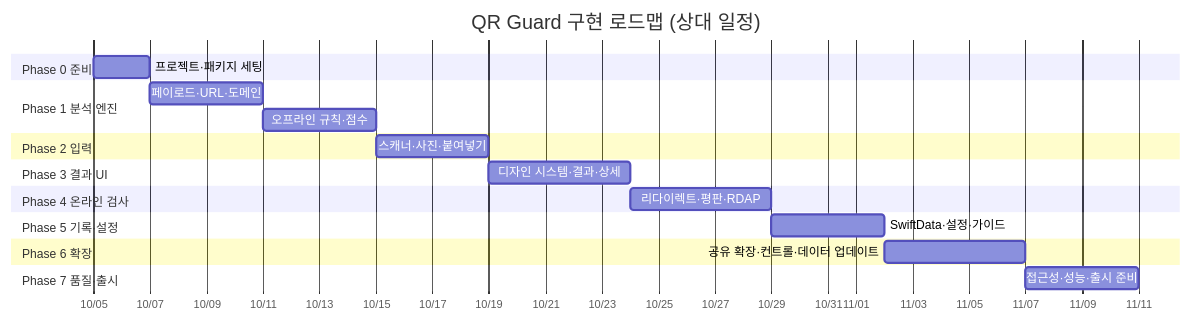
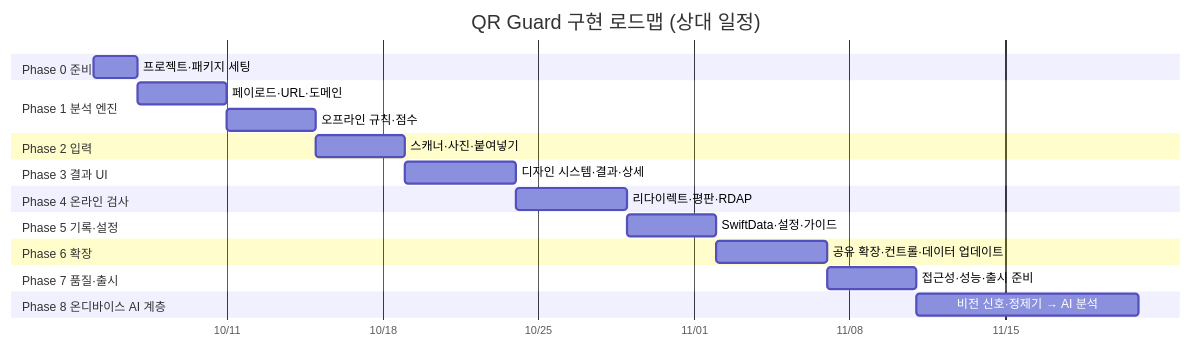
The diagram in docs/TASKS.md (kimminung/QRGuard), drawn with Mermaid before and after one commit. The commit also changed other lines of this file and 84 other files, not shown here.

````diff
--- a/docs/TASKS.md
+++ b/docs/TASKS.md
@@ -10,23 +10,25 @@
 ```mermaid
 gantt
     title QR Guard 구현 로드맵 (상대 일정)
     dateFormat  YYYY-MM-DD
     axisFormat  %m/%d
     section Phase 0 준비
     프로젝트·패키지 세팅          :p0, 2026-10-05, 2d
     section Phase 1 분석 엔진
     페이로드·URL·도메인           :p1a, after p0, 4d
     오프라인 규칙·점수            :p1b, after p1a, 4d
     section Phase 2 입력
     스캐너·사진·붙여넣기          :p2, after p1b, 4d
     section Phase 3 결과 UI
     디자인 시스템·결과·상세       :p3, after p2, 5d
     section Phase 4 온라인 검사
     리다이렉트·평판·RDAP          :p4, after p3, 5d
     section Phase 5 기록·설정
     SwiftData·설정·가이드         :p5, after p4, 4d
     section Phase 6 확장
     공유 확장·컨트롤·데이터 업데이트 :p6, after p5, 5d
     section Phase 7 품질·출시
     접근성·성능·출시 준비         :p7, after p6, 4d
+    section Phase 8 온디바이스 AI 계층
+    비전 신호·정제기 → AI 분석    :p8, after p7, 10d
 ```
````
